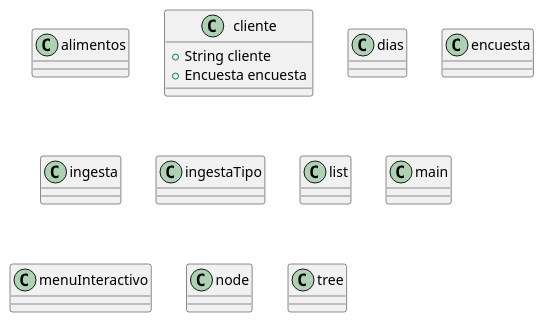
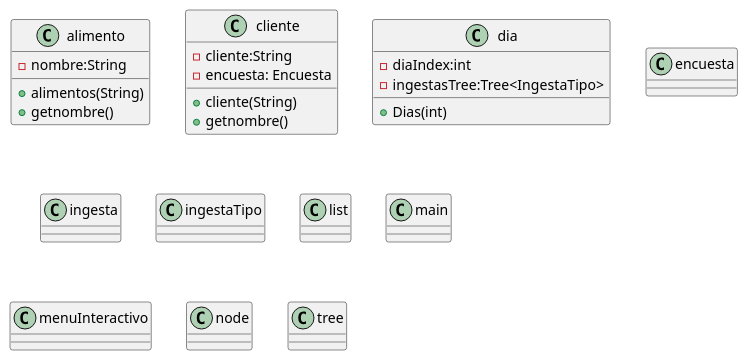
The diagram in entregas/diegoBarraza/ExamenFinal/DocumentacionExamenFinal.puml (mmasias/23-24-eda1), drawn with PlantUML before and after one commit.

Commit message:
segundo commit

```diff
--- a/entregas/diegoBarraza/ExamenFinal/DocumentacionExamenFinal.puml
+++ b/entregas/diegoBarraza/ExamenFinal/DocumentacionExamenFinal.puml
@@ -1,19 +1,33 @@
 @startuml
-class alimentos
+class alimento
 class cliente 
-class dias 
+class dia 
 class encuesta 
 class ingesta
 class ingestaTipo
 class list 
 class main 
 class menuInteractivo
 class node 
 class tree 
 
 class cliente{
-    +String cliente
-    +Encuesta encuesta
+    -cliente:String
+    -encuesta: Encuesta
+    +cliente(String)
+    +getnombre()
+}
+class alimento{
+    -nombre:String
+    +alimentos(String)
+    +getnombre()
+    }
+class dia{
+    -diaIndex:int
+    -ingestasTree:Tree<IngestaTipo>
+    +Dias(int)
+    
+
 }
 
 @enduml
```
